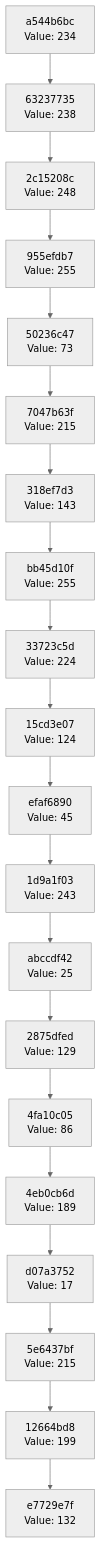
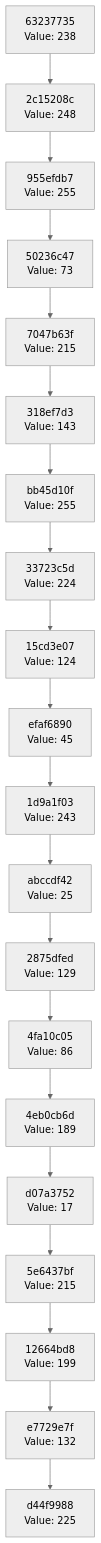
One commit to Abhisheksinha1506/hash-chain-evolver changed the diagram in docs/CHAIN_VISUALIZATION.md. Above: the diagram before and after it, drawn with Mermaid (neutral theme). The commit also changed 2 other files, not shown here.

Commit message:
Evolution Step

````diff
--- a/docs/CHAIN_VISUALIZATION.md
+++ b/docs/CHAIN_VISUALIZATION.md
@@ -3,42 +3,42 @@
 ```mermaid
 graph TD
-    C0["e7729e7f<br/>Value: 132"]
-    C1["12664bd8<br/>Value: 199"]
+    C0["d44f9988<br/>Value: 225"]
+    C1["e7729e7f<br/>Value: 132"]
     C1 --> C0
-    C2["5e6437bf<br/>Value: 215"]
+    C2["12664bd8<br/>Value: 199"]
     C2 --> C1
-    C3["d07a3752<br/>Value: 17"]
+    C3["5e6437bf<br/>Value: 215"]
     C3 --> C2
-    C4["4eb0cb6d<br/>Value: 189"]
+    C4["d07a3752<br/>Value: 17"]
     C4 --> C3
-    C5["4fa10c05<br/>Value: 86"]
+    C5["4eb0cb6d<br/>Value: 189"]
     C5 --> C4
-    C6["2875dfed<br/>Value: 129"]
+    C6["4fa10c05<br/>Value: 86"]
     C6 --> C5
-    C7["abccdf42<br/>Value: 25"]
+    C7["2875dfed<br/>Value: 129"]
     C7 --> C6
-    C8["1d9a1f03<br/>Value: 243"]
+    C8["abccdf42<br/>Value: 25"]
     C8 --> C7
-    C9["efaf6890<br/>Value: 45"]
+    C9["1d9a1f03<br/>Value: 243"]
     C9 --> C8
-    C10["15cd3e07<br/>Value: 124"]
+    C10["efaf6890<br/>Value: 45"]
     C10 --> C9
-    C11["33723c5d<br/>Value: 224"]
+    C11["15cd3e07<br/>Value: 124"]
     C11 --> C10
-    C12["bb45d10f<br/>Value: 255"]
+    C12["33723c5d<br/>Value: 224"]
     C12 --> C11
-    C13["318ef7d3<br/>Value: 143"]
+    C13["bb45d10f<br/>Value: 255"]
     C13 --> C12
-    C14["7047b63f<br/>Value: 215"]
+    C14["318ef7d3<br/>Value: 143"]
     C14 --> C13
-    C15["50236c47<br/>Value: 73"]
+    C15["7047b63f<br/>Value: 215"]
     C15 --> C14
-    C16["955efdb7<br/>Value: 255"]
+    C16["50236c47<br/>Value: 73"]
     C16 --> C15
-    C17["2c15208c<br/>Value: 248"]
+    C17["955efdb7<br/>Value: 255"]
     C17 --> C16
-    C18["63237735<br/>Value: 238"]
+    C18["2c15208c<br/>Value: 248"]
     C18 --> C17
-    C19["a544b6bc<br/>Value: 234"]
+    C19["63237735<br/>Value: 238"]
     C19 --> C18
 ```
````
